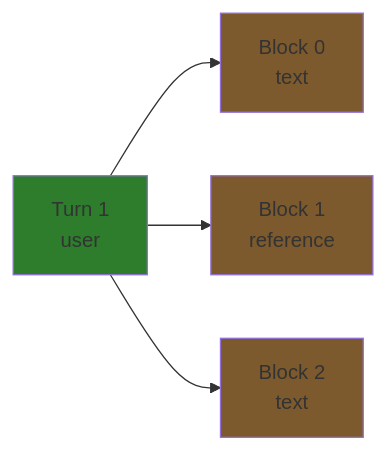
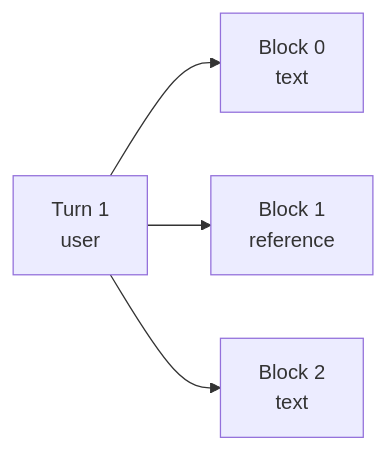
One commit to haowjy/meridian-flow changed the second of 4 diagrams in _docs/technical/backend/thread/overview.md. Above: the diagram before and after it, drawn with Mermaid. The commit also changed other lines of this file and 46 other files, not shown here.

````diff
--- a/_docs/technical/backend/thread/overview.md
+++ b/_docs/technical/backend/thread/overview.md
@@ -56,16 +50,12 @@
 ```mermaid
 graph LR
     T1[Turn 1<br/>user]
     B0[Block 0<br/>text]
     B1[Block 1<br/>reference]
     B2[Block 2<br/>text]
 
     T1 --> B0
     T1 --> B1
     T1 --> B2
 
-    style T1 fill:#2d7d2d
-    style B0 fill:#7d5a2d
-    style B1 fill:#7d5a2d
-    style B2 fill:#7d5a2d
 ```
````
